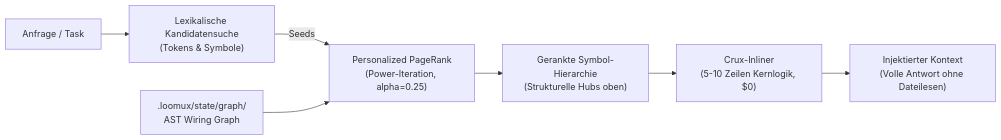
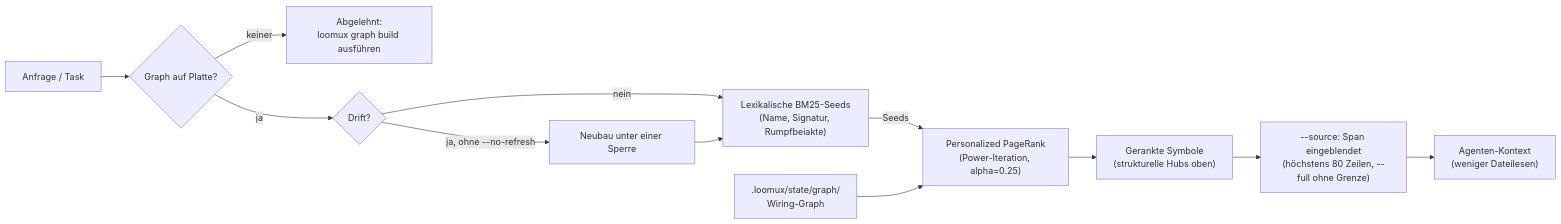
The third of 5 diagrams in docs/de/architecture.md (xidus90/loomux), drawn with Mermaid before and after one commit. The commit also changed other lines of this file and 9 other files, not shown here.

````diff
--- a/docs/de/architecture.md
+++ b/docs/de/architecture.md
@@ -125,9 +125,14 @@
 ```mermaid
 flowchart LR
-    Q["Anfrage / Task"] --> Lex["Lexikalische Kandidatensuche<br/>(Tokens & Symbole)"]
-    Lex --> |Seeds| PR["Personalized PageRank<br/>(Power-Iteration, alpha=0.25)"]
-    Graph[".loomux/state/graph/<br/>AST Wiring Graph"] --> PR
-    PR --> Ranked["Gerankte Symbol-Hierarchie<br/>(Strukturelle Hubs oben)"]
-    Ranked --> Crux["Crux-Inliner<br/>(5-10 Zeilen Kernlogik, $0)"]
-    Crux --> Context["Injektierter Kontext<br/>(Volle Antwort ohne Dateilesen)"]
+    Q["Anfrage / Task"] --> Fresh{"Graph auf Platte?"}
+    Fresh --> |"keiner"| NoGraph["Abgelehnt:<br/>loomux graph build ausführen"]
+    Fresh --> |"ja"| Drift{"Drift?"}
+    Drift --> |"ja, ohne --no-refresh"| Rebuild["Neubau unter einer Sperre"]
+    Drift --> |"nein"| Lex
+    Rebuild --> Lex["Lexikalische BM25-Seeds<br/>(Name, Signatur, Rumpfbeiakte)"]
+    Lex --> |"Seeds"| PR["Personalized PageRank<br/>(Power-Iteration, alpha=0.25)"]
+    Graph[".loomux/state/graph/<br/>Wiring-Graph"] --> PR
+    PR --> Ranked["Gerankte Symbole<br/>(strukturelle Hubs oben)"]
+    Ranked --> Src["--source: Span eingeblendet<br/>(höchstens 80 Zeilen, --full ohne Grenze)"]
+    Src --> Context["Agenten-Kontext<br/>(weniger Dateilesen)"]
 ```
````
